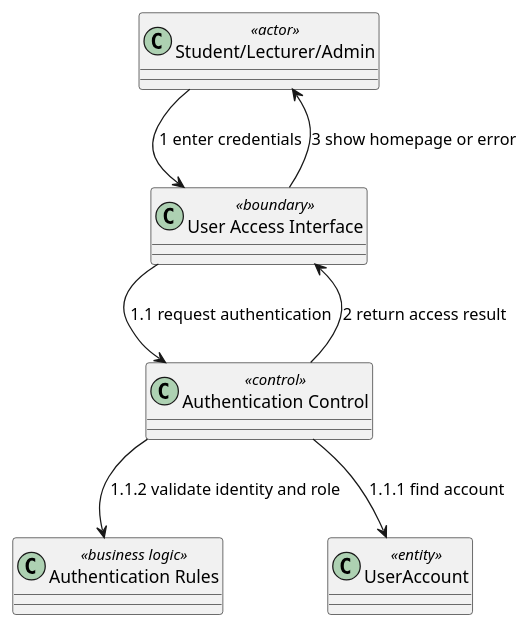
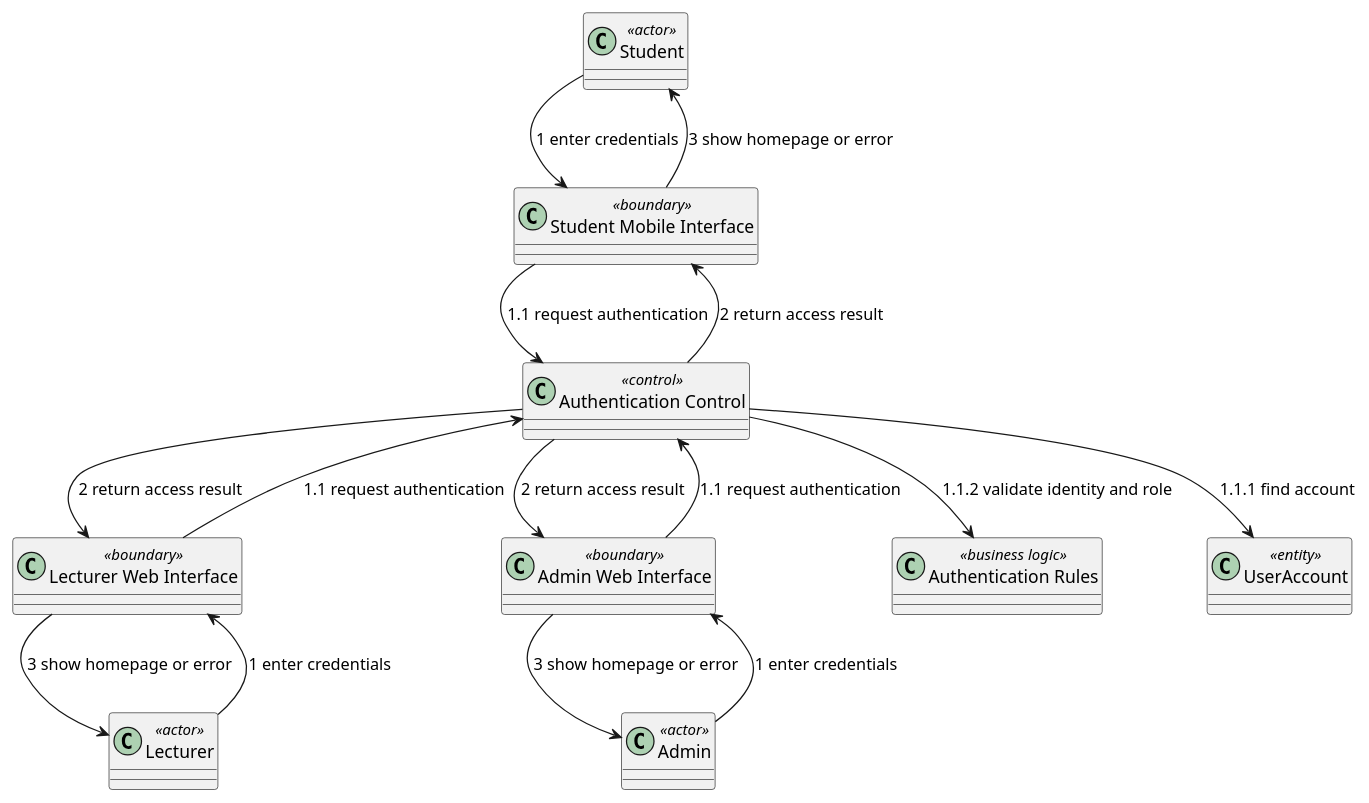
One commit to nttung42/SWD392 changed the fifth of 26 diagrams in docs/sds/2_Analysis.md. Above: the diagram before and after it, drawn with PlantUML. The commit also changed other lines of this file, not shown here.

Commit message:
tmp Contextual boundary class diagram

````diff
--- a/docs/sds/2_Analysis.md
+++ b/docs/sds/2_Analysis.md
@@ -288,16 +427,28 @@
 ```plantuml
 @startuml
-class "Student/Lecturer/Admin" as User <<actor>>
-class "User Access Interface" as UI <<boundary>>
+class "Student" as Student <<actor>>
+class "Lecturer" as Lecturer <<actor>>
+class "Admin" as Admin <<actor>>
+class "Student Mobile Interface" as StudentUI <<boundary>>
+class "Lecturer Web Interface" as LecturerUI <<boundary>>
+class "Admin Web Interface" as AdminUI <<boundary>>
 class "Authentication Control" as AuthControl <<control>>
 class "Authentication Rules" as AuthRules <<business logic>>
 class "UserAccount" as UserAccount <<entity>>
 
-User --> UI : 1 enter credentials
-UI --> AuthControl : 1.1 request authentication
+Student --> StudentUI : 1 enter credentials
+Lecturer --> LecturerUI : 1 enter credentials
+Admin --> AdminUI : 1 enter credentials
+StudentUI --> AuthControl : 1.1 request authentication
+LecturerUI --> AuthControl : 1.1 request authentication
+AdminUI --> AuthControl : 1.1 request authentication
 AuthControl --> UserAccount : 1.1.1 find account
 AuthControl --> AuthRules : 1.1.2 validate identity and role
-AuthControl --> UI : 2 return access result
-UI --> User : 3 show homepage or error
+AuthControl --> StudentUI : 2 return access result
+AuthControl --> LecturerUI : 2 return access result
+AuthControl --> AdminUI : 2 return access result
+StudentUI --> Student : 3 show homepage or error
+LecturerUI --> Lecturer : 3 show homepage or error
+AdminUI --> Admin : 3 show homepage or error
 @enduml
 ```
````
